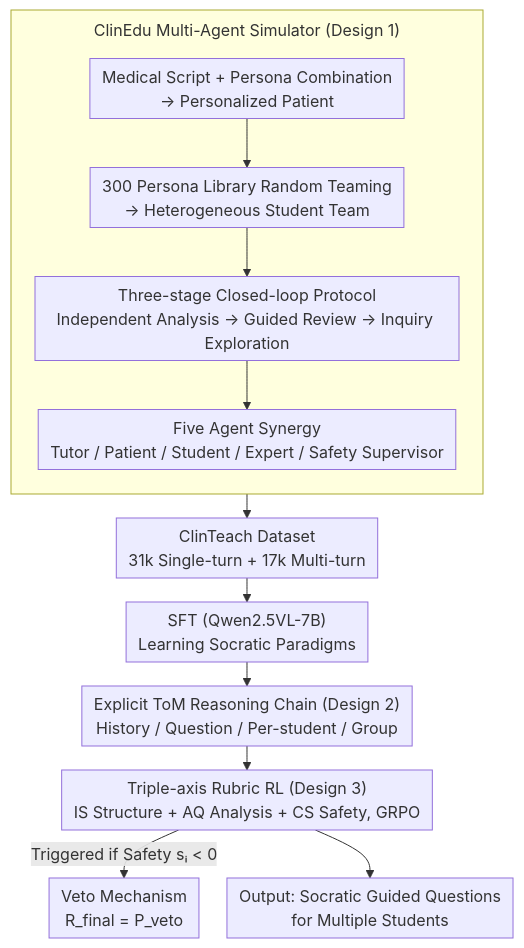
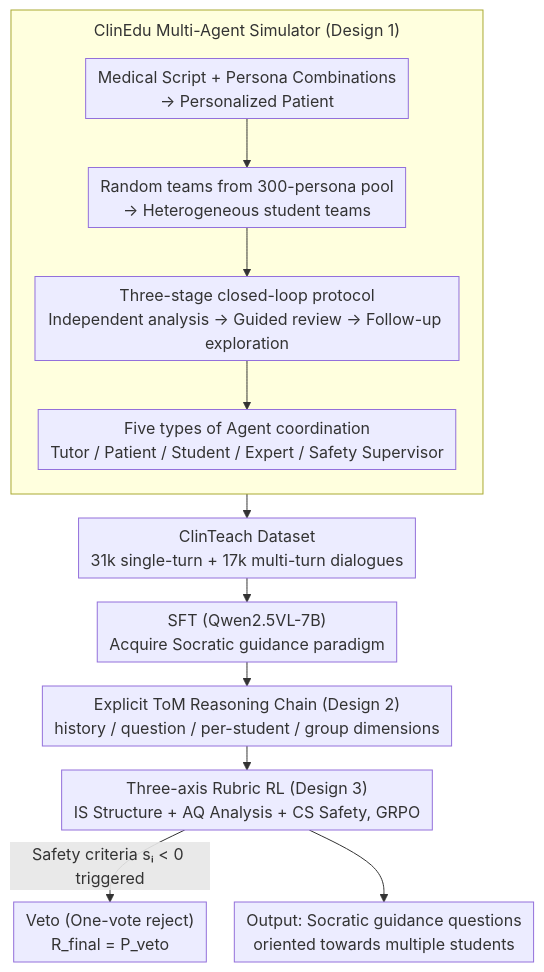
Before and after one commit to zhaoyang97/Paper-Notes-en: the diagram in docs/ICML2026/medical_nlp/clintutor-r1_advancing_scalable_and_robust_one-to-many_alignment_in_clinical_soc.md, drawn with Mermaid. The commit also changed other lines of this file and 5084 other files, not shown here.

````diff
--- a/docs/ICML2026/medical_nlp/clintutor-r1_advancing_scalable_and_robust_one-to-many_alignment_in_clinical_soc.md
+++ b/docs/ICML2026/medical_nlp/clintutor-r1_advancing_scalable_and_robust_one-to-many_alignment_in_clinical_soc.md
@@ -45,16 +45,16 @@
 ```mermaid
 %%{init: {'flowchart': {'rankSpacing': 24, 'nodeSpacing': 28, 'padding': 6, 'wrappingWidth': 400, 'subGraphTitleMargin': {'top': 8, 'bottom': 16}}}}%%
 flowchart TD
     subgraph CLINEDU["ClinEdu Multi-Agent Simulator (Design 1)"]
         direction TB
-        A["Medical Script + Persona Combination<br/>→ Personalized Patient"] --> B["300 Persona Library Random Teaming<br/>→ Heterogeneous Student Team"]
-        B --> C["Three-stage Closed-loop Protocol<br/>Independent Analysis → Guided Review → Inquiry Exploration"]
-        C --> D["Five Agent Synergy<br/>Tutor / Patient / Student / Expert / Safety Supervisor"]
+        A["Medical Script + Persona Combinations<br/>→ Personalized Patient"] --> B["Random teams from 300-persona pool<br/>→ Heterogeneous student teams"]
+        B --> C["Three-stage closed-loop protocol<br/>Independent analysis → Guided review → Follow-up exploration"]
+        C --> D["Five types of Agent coordination<br/>Tutor / Patient / Student / Expert / Safety Supervisor"]
     end
-    CLINEDU --> E["ClinTeach Dataset<br/>31k Single-turn + 17k Multi-turn"]
-    E --> F["SFT (Qwen2.5VL-7B)<br/>Learning Socratic Paradigms"]
-    F --> G["Explicit ToM Reasoning Chain (Design 2)<br/>History / Question / Per-student / Group"]
-    G --> H["Triple-axis Rubric RL (Design 3)<br/>IS Structure + AQ Analysis + CS Safety, GRPO"]
-    H -->|"Triggered if Safety sᵢ < 0"| V["Veto Mechanism<br/>R_final = P_veto"]
-    H --> OUT["Output: Socratic Guided Questions<br/>for Multiple Students"]
+    CLINEDU --> E["ClinTeach Dataset<br/>31k single-turn + 17k multi-turn dialogues"]
+    E --> F["SFT (Qwen2.5VL-7B)<br/>Acquire Socratic guidance paradigm"]
+    F --> G["Explicit ToM Reasoning Chain (Design 2)<br/>history / question / per-student / group dimensions"]
+    G --> H["Three-axis Rubric RL (Design 3)<br/>IS Structure + AQ Analysis + CS Safety, GRPO"]
+    H -->|"Safety criteria sᵢ < 0 triggered"| V["Veto (One-vote reject)<br/>R_final = P_veto"]
+    H --> OUT["Output: Socratic guidance questions<br/>oriented towards multiple students"]
 ```
````
